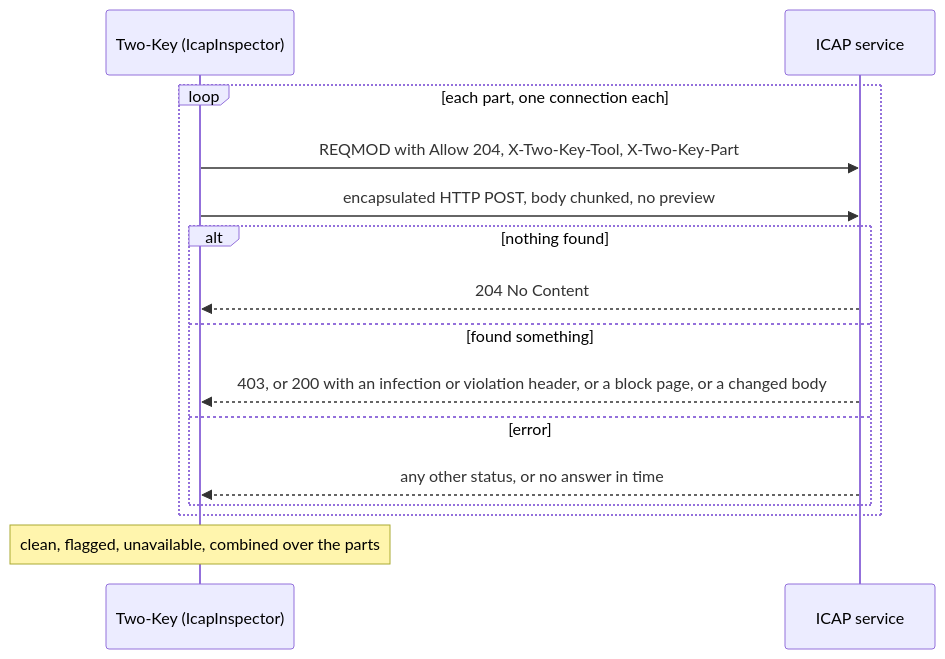
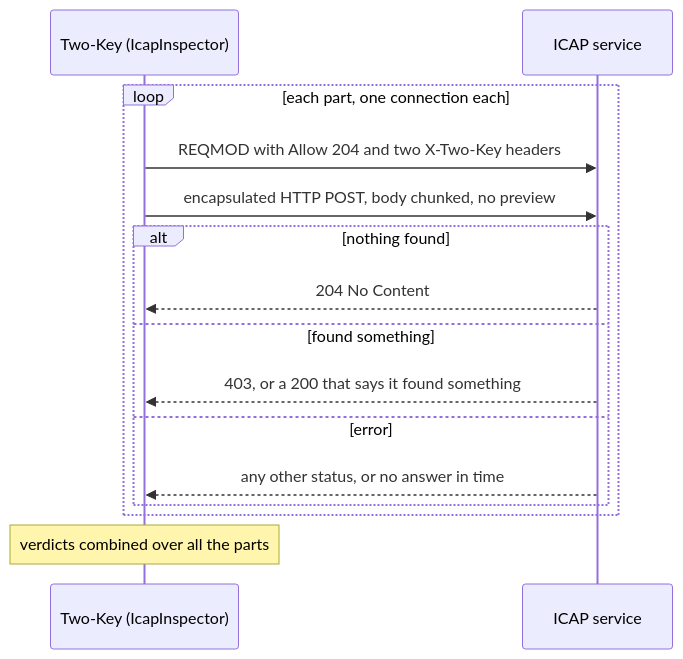
Before and after one commit to Insomniac-VibeLabs/two-key: the sixth of 6 diagrams in docs/SCANNERS.md, drawn with Mermaid. The commit also changed other lines of this file and 12 other files, not shown here.

First line of the commit message:
Redraw every diagram to one house style, checked by a test (#29)

````diff
--- a/docs/SCANNERS.md
+++ b/docs/SCANNERS.md
@@ -496,17 +517,17 @@
 ```mermaid
 sequenceDiagram
   participant TK as Two-Key (IcapInspector)
   participant P as ICAP service
   loop each part, one connection each
-    TK->>P: REQMOD with Allow 204, X-Two-Key-Tool, X-Two-Key-Part
+    TK->>P: REQMOD with Allow 204 and two X-Two-Key headers
     TK->>P: encapsulated HTTP POST, body chunked, no preview
     alt nothing found
       P-->>TK: 204 No Content
     else found something
-      P-->>TK: 403, or 200 with an infection or violation header, or a block page, or a changed body
+      P-->>TK: 403, or a 200 that says it found something
     else error
       P-->>TK: any other status, or no answer in time
     end
   end
-  Note over TK: clean, flagged, unavailable, combined over the parts
+  Note over TK: verdicts combined over all the parts
 ```
````
